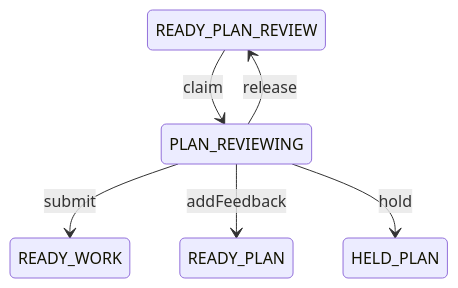
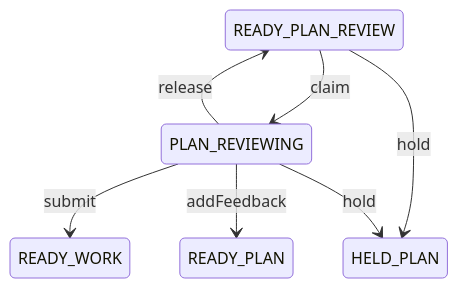
The fifth of 11 diagrams in README.md (Pyrolistical/task-graph-template), drawn with Mermaid before and after one commit. The commit also changed other lines of this file and 66 other files, not shown here.

````diff
--- a/README.md
+++ b/README.md
@@ -570,8 +213,9 @@
 ```mermaid
 stateDiagram-v2
     READY_PLAN_REVIEW --> PLAN_REVIEWING : claim
+    READY_PLAN_REVIEW --> HELD_PLAN : hold
     PLAN_REVIEWING --> READY_WORK : submit
     PLAN_REVIEWING --> READY_PLAN : addFeedback
     PLAN_REVIEWING --> HELD_PLAN : hold
     PLAN_REVIEWING --> READY_PLAN_REVIEW : release
 ```
````
